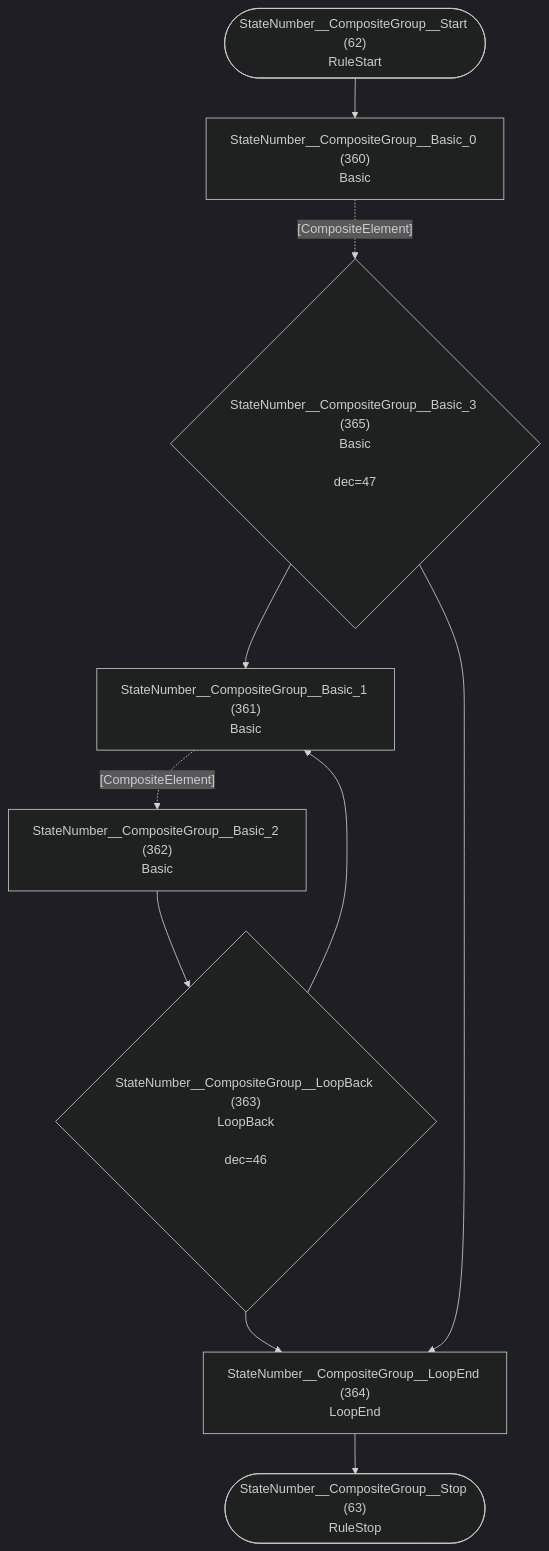
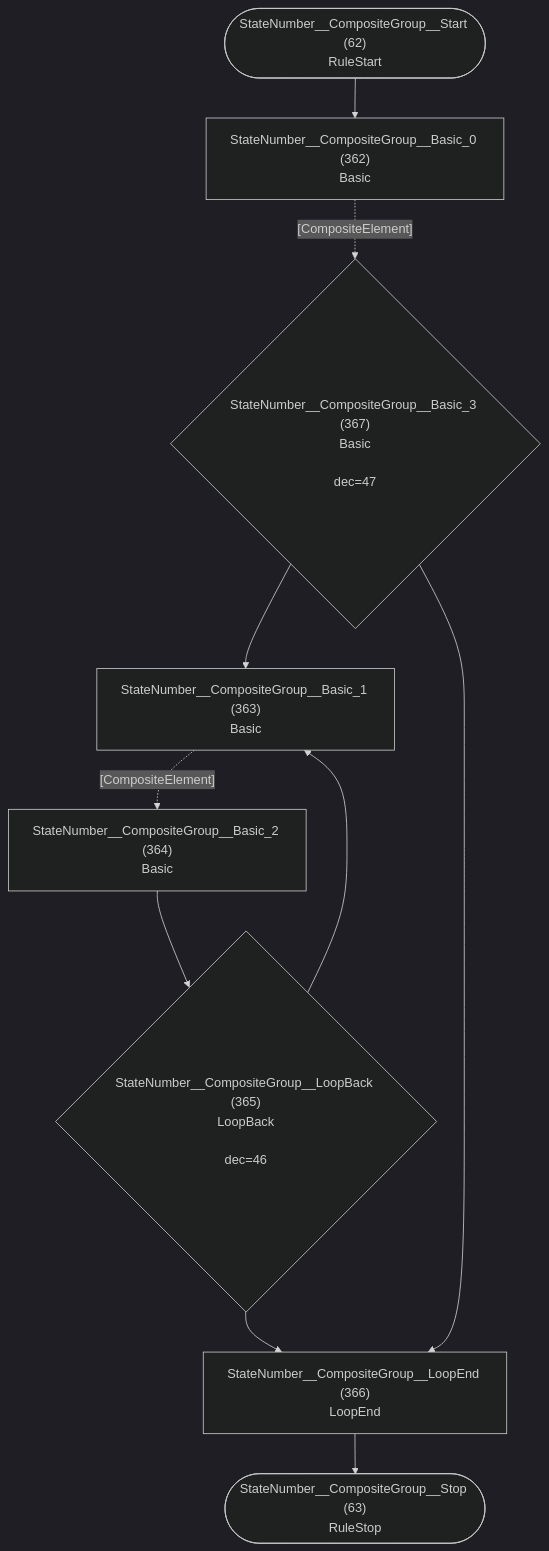
Before and after one commit to TypeFox/fastbelt: diagram 32 of 33 in internal/grammar/atn.md, drawn with Mermaid (dark theme). The commit also changed other lines of this file and 6 other files, not shown here.

````diff
--- a/internal/grammar/atn.md
+++ b/internal/grammar/atn.md
@@ -965,21 +970,21 @@
 ```mermaid
 flowchart TD
     q62(["StateNumber__CompositeGroup__Start (62)<br/>RuleStart"])
     q63(["StateNumber__CompositeGroup__Stop (63)<br/>RuleStop"])
-    q360["StateNumber__CompositeGroup__Basic_0 (360)<br/>Basic<br/>"]
-    q361["StateNumber__CompositeGroup__Basic_1 (361)<br/>Basic<br/>"]
-    q362["StateNumber__CompositeGroup__Basic_2 (362)<br/>Basic<br/>"]
-    q363{"StateNumber__CompositeGroup__LoopBack (363)<br/>LoopBack<br/><br/>dec=46"}
-    q364["StateNumber__CompositeGroup__LoopEnd (364)<br/>LoopEnd<br/>"]
-    q365{"StateNumber__CompositeGroup__Basic_3 (365)<br/>Basic<br/><br/>dec=47"}
+    q362["StateNumber__CompositeGroup__Basic_0 (362)<br/>Basic<br/>"]
+    q363["StateNumber__CompositeGroup__Basic_1 (363)<br/>Basic<br/>"]
+    q364["StateNumber__CompositeGroup__Basic_2 (364)<br/>Basic<br/>"]
+    q365{"StateNumber__CompositeGroup__LoopBack (365)<br/>LoopBack<br/><br/>dec=46"}
+    q366["StateNumber__CompositeGroup__LoopEnd (366)<br/>LoopEnd<br/>"]
+    q367{"StateNumber__CompositeGroup__Basic_3 (367)<br/>Basic<br/><br/>dec=47"}
 
-    q62 --> q360
-    q360 -.->|"[CompositeElement]"| q365
-    q361 -.->|"[CompositeElement]"| q362
-    q362 --> q363
-    q363 --> q361
-    q363 --> q364
-    q364 --> q63
-    q365 --> q361
-    q365 --> q364
+    q62 --> q362
+    q362 -.->|"[CompositeElement]"| q367
+    q363 -.->|"[CompositeElement]"| q364
+    q364 --> q365
+    q365 --> q363
+    q365 --> q366
+    q366 --> q63
+    q367 --> q363
+    q367 --> q366
 ```
````
